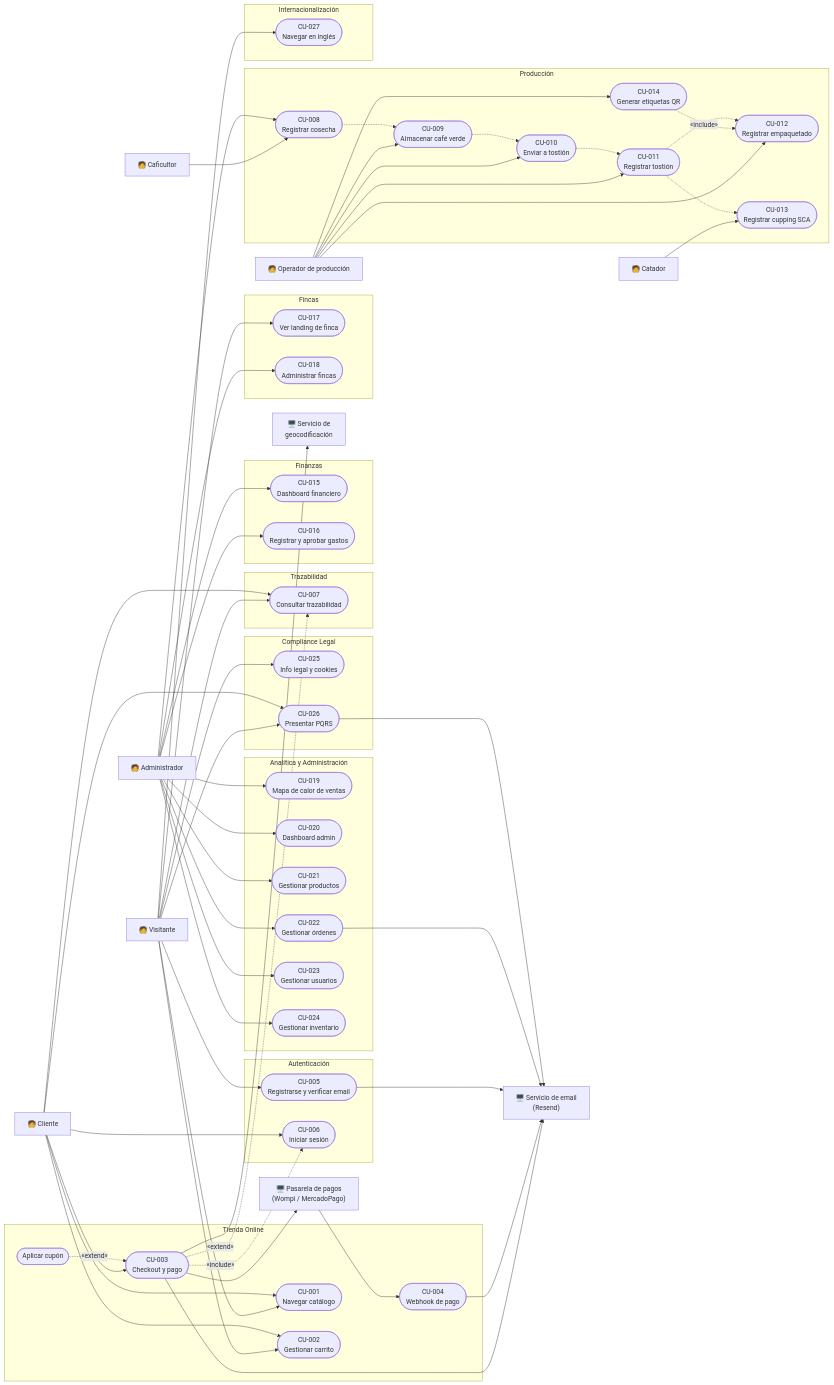
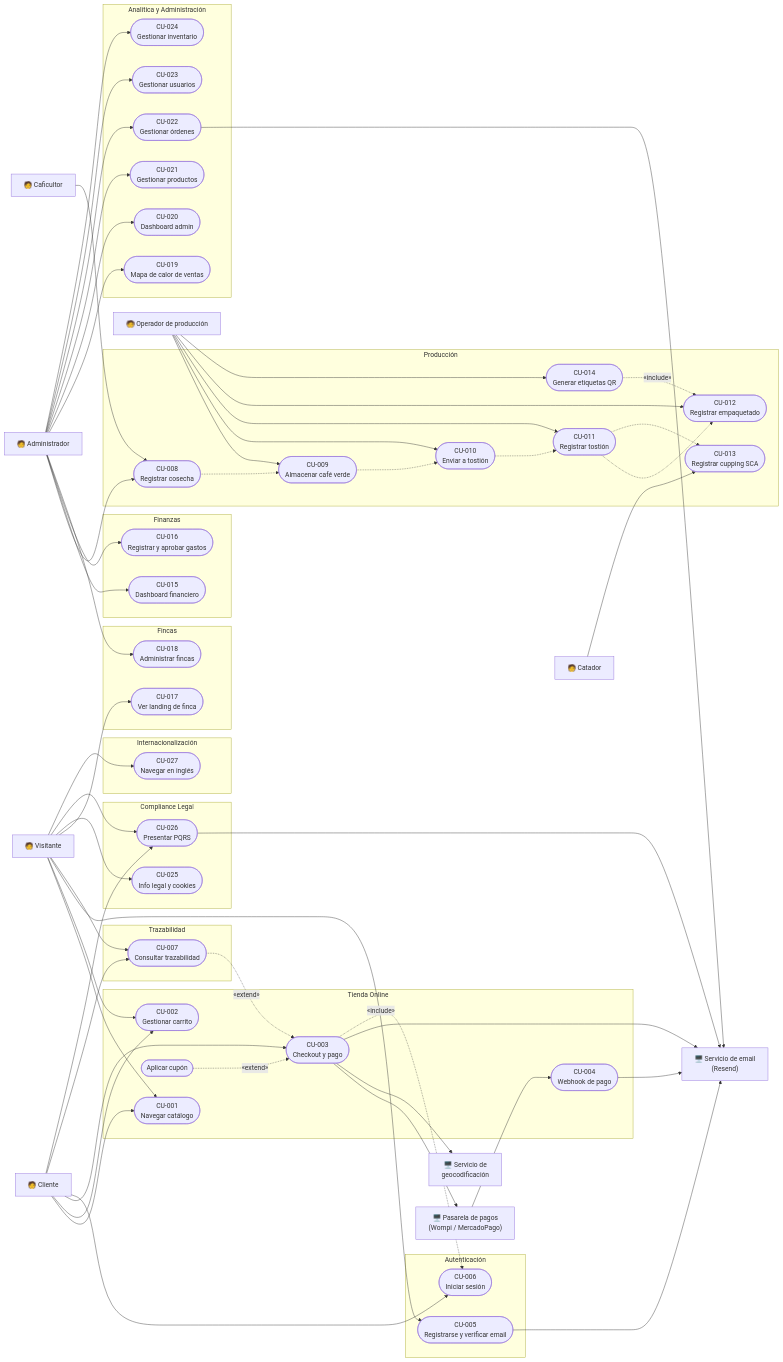
Before and after one commit to mikerb95/dobleyo: the diagram in docs/CASOS_DE_USO.md, drawn with Mermaid. The commit also changed 1 other file, not shown here.

Commit message:
fix: correct flowchart relationships in use case documentation; ensure accurate representation of include/extend logic

```diff
--- a/docs/CASOS_DE_USO.md
+++ b/docs/CASOS_DE_USO.md
@@ -176,7 +176,7 @@
     %% Relaciones include / extend
     CU003 -.->|«include»| CU006
     CUPON -.->|«extend»| CU003
-    CU003 -.->|«extend»| CU007
+    CU007 -.->|«extend»| CU003
     CU014 -.->|«include»| CU012
     CU008 -.-> CU009 -.-> CU010 -.-> CU011 -.-> CU012
     CU011 -.-> CU013
```
